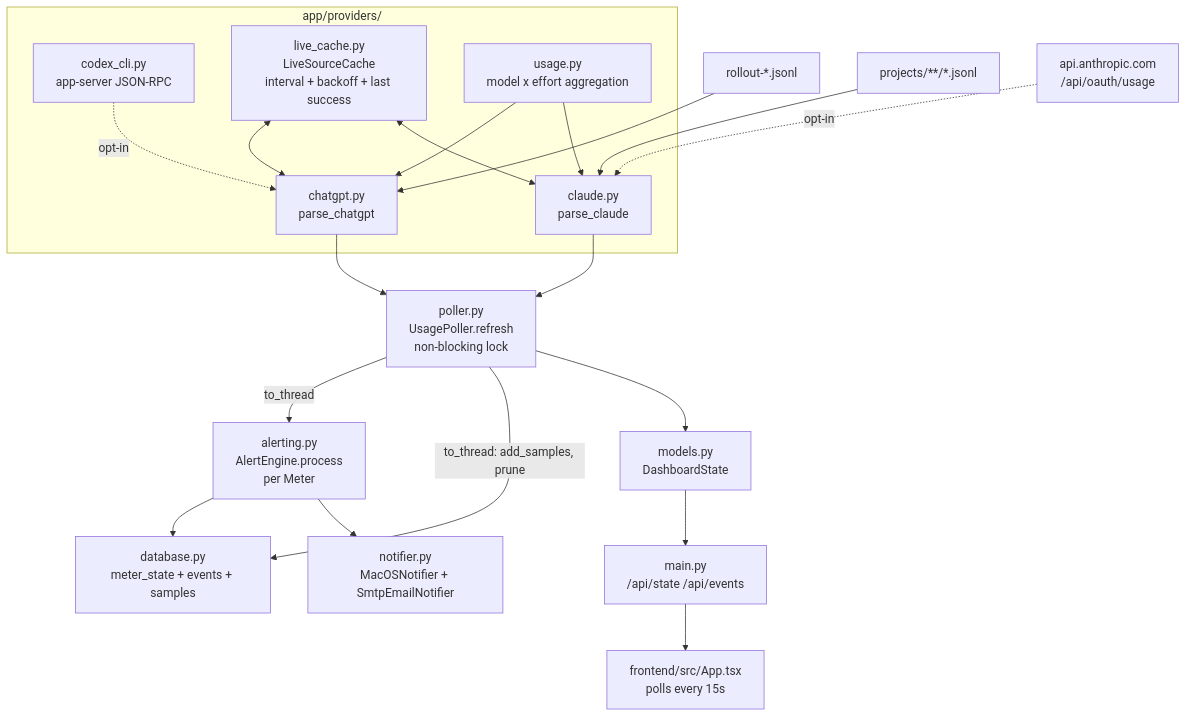
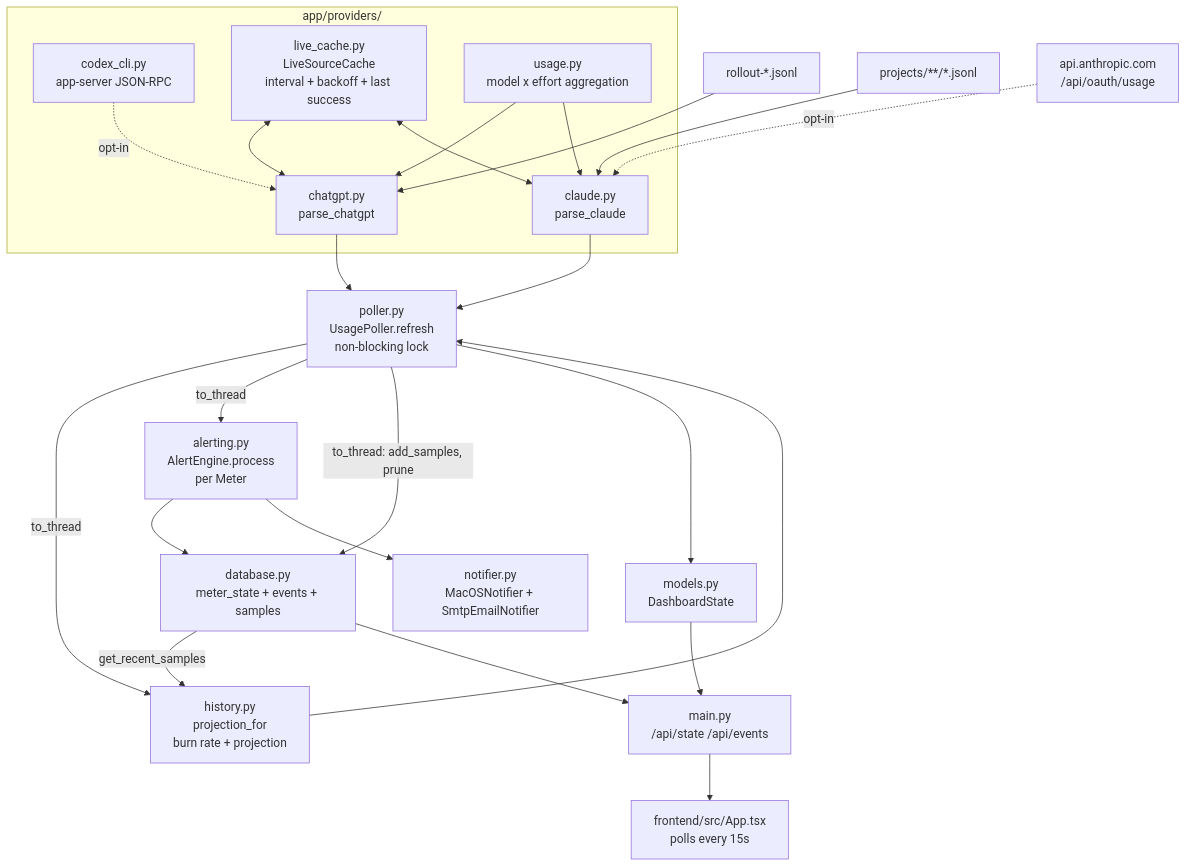
Before and after one commit to larryaus/Quota-Glass: the first of 2 diagrams in CLAUDE.md, drawn with Mermaid. The commit also changed other lines of this file and 16 other files, not shown here.

````diff
--- a/CLAUDE.md
+++ b/CLAUDE.md
@@ -44,31 +44,35 @@
 ```mermaid
 flowchart TB
     subgraph prov["app/providers/"]
         chatgpt["chatgpt.py<br/>parse_chatgpt"]
         claude["claude.py<br/>parse_claude"]
         codexcli["codex_cli.py<br/>app-server JSON-RPC"]
         cache["live_cache.py<br/>LiveSourceCache<br/>interval + backoff + last success"]
         usageagg["usage.py<br/>model x effort aggregation"]
     end
 
     rollout["rollout-*.jsonl"] --> chatgpt
     projects["projects/**/*.jsonl"] --> claude
     codexcli -.->|opt-in| chatgpt
     oauth["api.anthropic.com<br/>/api/oauth/usage"] -.->|opt-in| claude
     cache <--> chatgpt
     cache <--> claude
     usageagg --> chatgpt
     usageagg --> claude
 
     chatgpt --> poller["poller.py<br/>UsagePoller.refresh<br/>non-blocking lock"]
     claude --> poller
 
+    poller -->|"to_thread"| burn["history.py<br/>projection_for<br/>burn rate + projection"]
+    burn --> poller
     poller -->|"to_thread"| engine["alerting.py<br/>AlertEngine.process<br/>per Meter"]
     engine --> dbmod["database.py<br/>meter_state + events + samples"]
+    dbmod -->|"get_recent_samples"| burn
     poller -->|"to_thread: add_samples, prune"| dbmod
     engine --> notif["notifier.py<br/>MacOSNotifier + SmtpEmailNotifier"]
 
     poller --> state["models.py<br/>DashboardState"]
     state --> api["main.py<br/>/api/state /api/events"]
     api --> app["frontend/src/App.tsx<br/>polls every 15s"]
+    dbmod --> api
 ```
````
